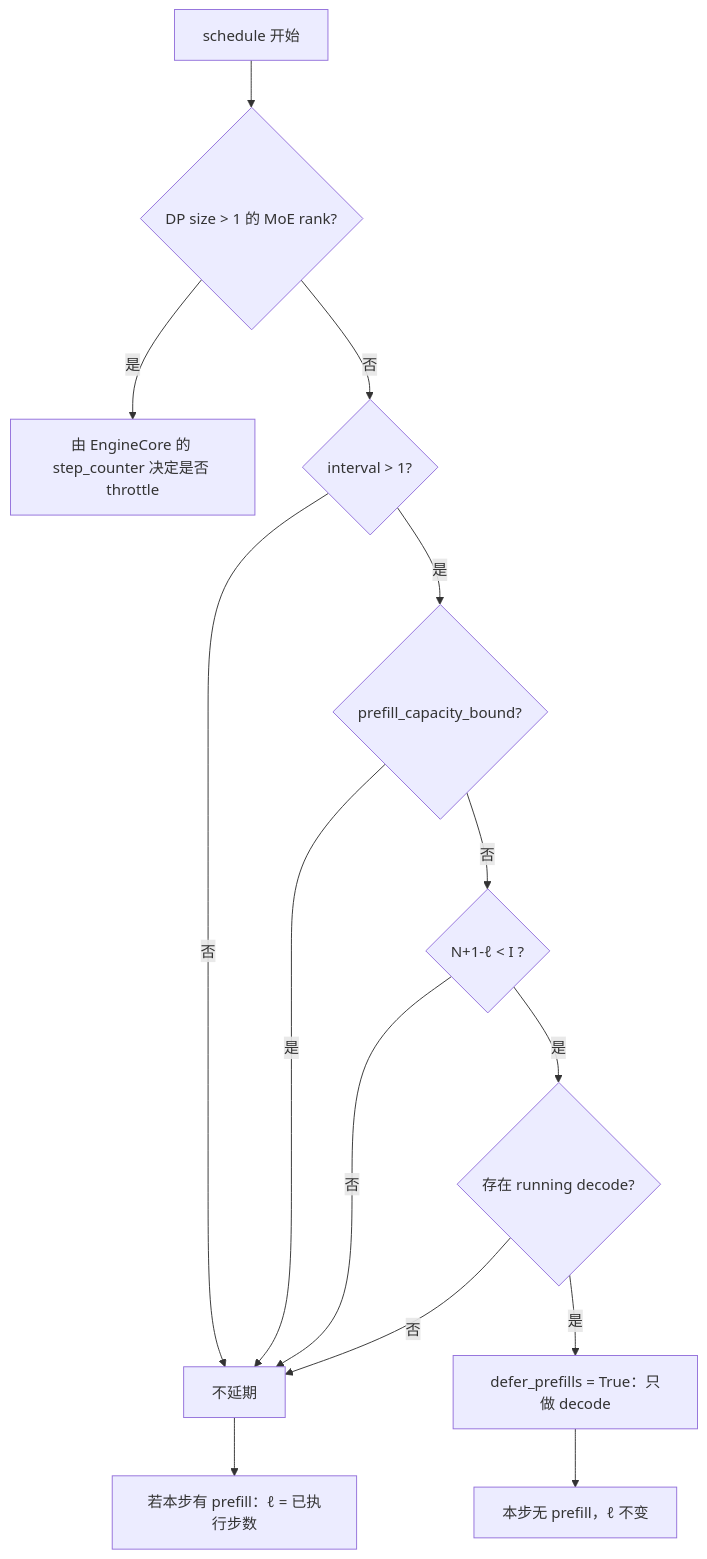
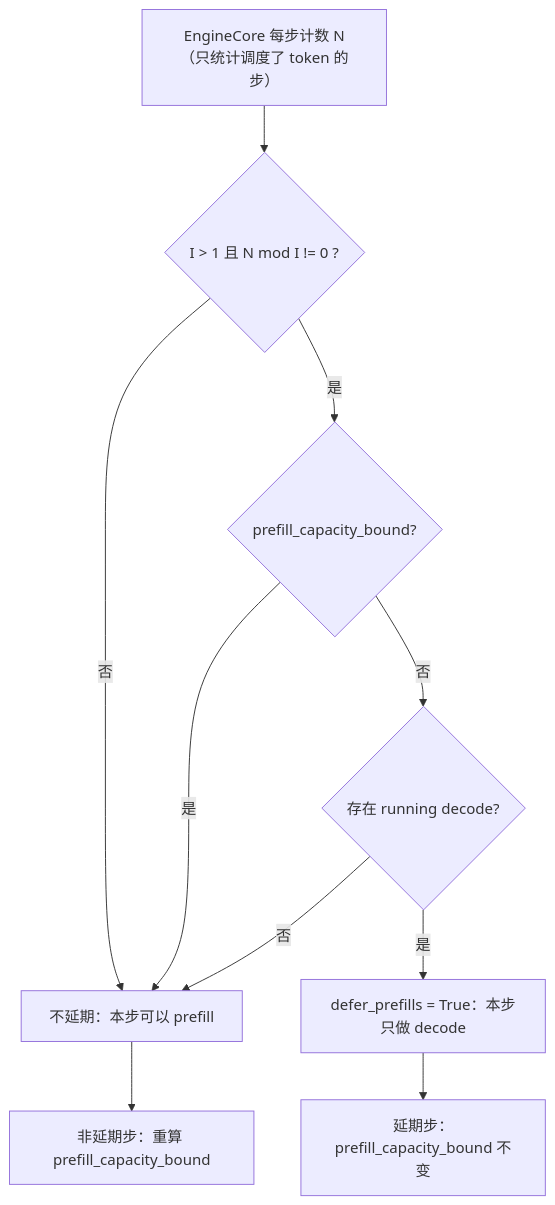
Before and after one commit to cluster1900/vllm_reader: diagram 27 of 29 in book/04-scheduler/README.md, drawn with Mermaid. The commit also changed other lines of this file and 11 other files, not shown here.

````diff
--- a/book/04-scheduler/README.md
+++ b/book/04-scheduler/README.md
@@ -1525,16 +1530,12 @@
 ```mermaid
 flowchart TD
-    S[schedule 开始] --> M{DP size > 1 的 MoE rank?}
-    M -->|是| E[由 EngineCore 的 step_counter 决定是否 throttle]
-    M -->|否| I{interval > 1?}
-    I -->|否| ALL[不延期]
-    I -->|是| B{prefill_capacity_bound?}
+    EC["EngineCore 每步计数 N（只统计调度了 token 的步）"] --> T{"I > 1 且 N mod I != 0 ?"}
+    T -->|否| ALL["不延期：本步可以 prefill"]
+    T -->|是| B{"prefill_capacity_bound?"}
     B -->|是| ALL
-    B -->|否| W{N+1-ℓ < I ?}
-    W -->|否| ALL
-    W -->|是| D{存在 running decode?}
+    B -->|否| D{"存在 running decode?"}
     D -->|否| ALL
-    D -->|是| DEF[defer_prefills = True：只做 decode]
-    ALL --> U[若本步有 prefill：ℓ = 已执行步数]
-    DEF --> V[本步无 prefill，ℓ 不变]
+    D -->|是| DEF["defer_prefills = True：本步只做 decode"]
+    ALL --> U["非延期步：重算 prefill_capacity_bound"]
+    DEF --> V["延期步：prefill_capacity_bound 不变"]
 ```
````
